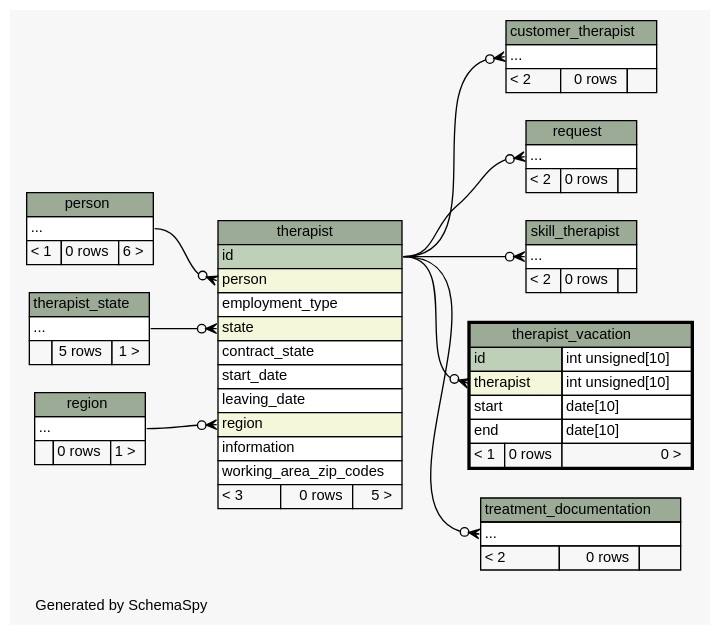
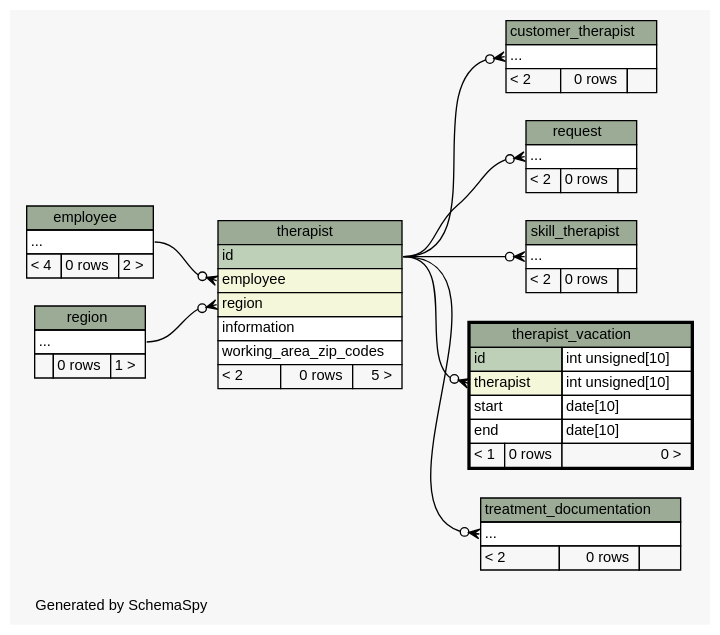
Before and after one commit to KaiBMP/KaiBMP.github.io: the diagram in diagrams/therapist_vacation.2degrees.dot, drawn with Graphviz. The commit also changed 141 other files, not shown here.

Commit message:
schemaspy update

```diff
--- a/diagrams/therapist_vacation.2degrees.dot
+++ b/diagrams/therapist_vacation.2degrees.dot
@@ -1,132 +1,116 @@
-// dot 2.40.1 on Linux 5.3.0-26-generic
+// dot 2.40.1 on Linux 5.3.0-28-generic
 // SchemaSpy rev 590
 digraph "twoDegreesRelationshipsDiagram" {
   graph [
     rankdir="RL"
     bgcolor="#f7f7f7"
     label="\nGenerated by SchemaSpy"
     labeljust="l"
     nodesep="0.18"
     ranksep="0.46"
     fontname="Helvetica"
     fontsize="11"
   ];
   node [
     fontname="Helvetica"
     fontsize="11"
     shape="plaintext"
   ];
   edge [
     arrowsize="0.8"
   ];
   "customer_therapist":"elipses":w -> "therapist":"id":e [arrowhead=none dir=back arrowtail=crowodot];
   "request":"elipses":w -> "therapist":"id":e [arrowhead=none dir=back arrowtail=crowodot];
   "skill_therapist":"elipses":w -> "therapist":"id":e [arrowhead=none dir=back arrowtail=crowodot];
-  "therapist":"person":w -> "person":"elipses":e [arrowhead=none dir=back arrowtail=crowodot];
+  "therapist":"employee":w -> "employee":"elipses":e [arrowhead=none dir=back arrowtail=crowodot];
   "therapist":"region":w -> "region":"elipses":e [arrowhead=none dir=back arrowtail=crowodot];
-  "therapist":"state":w -> "therapist_state":"elipses":e [arrowhead=none dir=back arrowtail=crowodot];
   "therapist_vacation":"therapist":w -> "therapist":"id":e [arrowhead=none dir=back arrowtail=crowodot];
   "treatment_documentation":"elipses":w -> "therapist":"id":e [arrowhead=none dir=back arrowtail=crowodot];
   "customer_therapist" [
     label=<
     <TABLE BORDER="0" CELLBORDER="1" CELLSPACING="0" BGCOLOR="#ffffff">
       <TR><TD COLSPAN="3" BGCOLOR="#9bab96" ALIGN="CENTER">customer_therapist</TD></TR>
       <TR><TD PORT="elipses" COLSPAN="3" ALIGN="LEFT">...</TD></TR>
       <TR><TD ALIGN="LEFT" BGCOLOR="#f7f7f7">&lt; 2</TD><TD ALIGN="RIGHT" BGCOLOR="#f7f7f7">0 rows</TD><TD ALIGN="RIGHT" BGCOLOR="#f7f7f7">  </TD></TR>
     </TABLE>>
     URL="customer_therapist.html"
     tooltip="customer_therapist"
   ];
-  "person" [
+  "employee" [
     label=<
     <TABLE BORDER="0" CELLBORDER="1" CELLSPACING="0" BGCOLOR="#ffffff">
-      <TR><TD COLSPAN="3" BGCOLOR="#9bab96" ALIGN="CENTER">person</TD></TR>
+      <TR><TD COLSPAN="3" BGCOLOR="#9bab96" ALIGN="CENTER">employee</TD></TR>
       <TR><TD PORT="elipses" COLSPAN="3" ALIGN="LEFT">...</TD></TR>
-      <TR><TD ALIGN="LEFT" BGCOLOR="#f7f7f7">&lt; 1</TD><TD ALIGN="RIGHT" BGCOLOR="#f7f7f7">0 rows</TD><TD ALIGN="RIGHT" BGCOLOR="#f7f7f7">6 &gt;</TD></TR>
+      <TR><TD ALIGN="LEFT" BGCOLOR="#f7f7f7">&lt; 4</TD><TD ALIGN="RIGHT" BGCOLOR="#f7f7f7">0 rows</TD><TD ALIGN="RIGHT" BGCOLOR="#f7f7f7">2 &gt;</TD></TR>
     </TABLE>>
-    URL="person.html"
-    tooltip="person"
+    URL="employee.html"
+    tooltip="employee"
   ];
   "region" [
     label=<
     <TABLE BORDER="0" CELLBORDER="1" CELLSPACING="0" BGCOLOR="#ffffff">
       <TR><TD COLSPAN="3" BGCOLOR="#9bab96" ALIGN="CENTER">region</TD></TR>
       <TR><TD PORT="elipses" COLSPAN="3" ALIGN="LEFT">...</TD></TR>
       <TR><TD ALIGN="LEFT" BGCOLOR="#f7f7f7">  </TD><TD ALIGN="RIGHT" BGCOLOR="#f7f7f7">0 rows</TD><TD ALIGN="RIGHT" BGCOLOR="#f7f7f7">1 &gt;</TD></TR>
     </TABLE>>
     URL="region.html"
     tooltip="region"
   ];
   "request" [
     label=<
     <TABLE BORDER="0" CELLBORDER="1" CELLSPACING="0" BGCOLOR="#ffffff">
       <TR><TD COLSPAN="3" BGCOLOR="#9bab96" ALIGN="CENTER">request</TD></TR>
       <TR><TD PORT="elipses" COLSPAN="3" ALIGN="LEFT">...</TD></TR>
       <TR><TD ALIGN="LEFT" BGCOLOR="#f7f7f7">&lt; 2</TD><TD ALIGN="RIGHT" BGCOLOR="#f7f7f7">0 rows</TD><TD ALIGN="RIGHT" BGCOLOR="#f7f7f7">  </TD></TR>
     </TABLE>>
     URL="request.html"
     tooltip="request"
   ];
   "skill_therapist" [
     label=<
     <TABLE BORDER="0" CELLBORDER="1" CELLSPACING="0" BGCOLOR="#ffffff">
       <TR><TD COLSPAN="3" BGCOLOR="#9bab96" ALIGN="CENTER">skill_therapist</TD></TR>
       <TR><TD PORT="elipses" COLSPAN="3" ALIGN="LEFT">...</TD></TR>
       <TR><TD ALIGN="LEFT" BGCOLOR="#f7f7f7">&lt; 2</TD><TD ALIGN="RIGHT" BGCOLOR="#f7f7f7">0 rows</TD><TD ALIGN="RIGHT" BGCOLOR="#f7f7f7">  </TD></TR>
     </TABLE>>
     URL="skill_therapist.html"
     tooltip="skill_therapist"
   ];
   "therapist" [
     label=<
     <TABLE BORDER="0" CELLBORDER="1" CELLSPACING="0" BGCOLOR="#ffffff">
       <TR><TD COLSPAN="3" BGCOLOR="#9bab96" ALIGN="CENTER">therapist</TD></TR>
       <TR><TD PORT="id" COLSPAN="3" BGCOLOR="#bed1b8" ALIGN="LEFT">id</TD></TR>
-      <TR><TD PORT="person" COLSPAN="3" BGCOLOR="#f4f7da" ALIGN="LEFT">person</TD></TR>
-      <TR><TD PORT="employment_type" COLSPAN="3" ALIGN="LEFT">employment_type</TD></TR>
-      <TR><TD PORT="state" COLSPAN="3" BGCOLOR="#f4f7da" ALIGN="LEFT">state</TD></TR>
-      <TR><TD PORT="contract_state" COLSPAN="3" ALIGN="LEFT">contract_state</TD></TR>
-      <TR><TD PORT="start_date" COLSPAN="3" ALIGN="LEFT">start_date</TD></TR>
-      <TR><TD PORT="leaving_date" COLSPAN="3" ALIGN="LEFT">leaving_date</TD></TR>
+      <TR><TD PORT="employee" COLSPAN="3" BGCOLOR="#f4f7da" ALIGN="LEFT">employee</TD></TR>
       <TR><TD PORT="region" COLSPAN="3" BGCOLOR="#f4f7da" ALIGN="LEFT">region</TD></TR>
       <TR><TD PORT="information" COLSPAN="3" ALIGN="LEFT">information</TD></TR>
       <TR><TD PORT="working_area_zip_codes" COLSPAN="3" ALIGN="LEFT">working_area_zip_codes</TD></TR>
-      <TR><TD ALIGN="LEFT" BGCOLOR="#f7f7f7">&lt; 3</TD><TD ALIGN="RIGHT" BGCOLOR="#f7f7f7">0 rows</TD><TD ALIGN="RIGHT" BGCOLOR="#f7f7f7">5 &gt;</TD></TR>
+      <TR><TD ALIGN="LEFT" BGCOLOR="#f7f7f7">&lt; 2</TD><TD ALIGN="RIGHT" BGCOLOR="#f7f7f7">0 rows</TD><TD ALIGN="RIGHT" BGCOLOR="#f7f7f7">5 &gt;</TD></TR>
     </TABLE>>
     URL="therapist.html"
     tooltip="therapist"
-  ];
-  "therapist_state" [
-    label=<
-    <TABLE BORDER="0" CELLBORDER="1" CELLSPACING="0" BGCOLOR="#ffffff">
-      <TR><TD COLSPAN="3" BGCOLOR="#9bab96" ALIGN="CENTER">therapist_state</TD></TR>
-      <TR><TD PORT="elipses" COLSPAN="3" ALIGN="LEFT">...</TD></TR>
-      <TR><TD ALIGN="LEFT" BGCOLOR="#f7f7f7">  </TD><TD ALIGN="RIGHT" BGCOLOR="#f7f7f7">5 rows</TD><TD ALIGN="RIGHT" BGCOLOR="#f7f7f7">1 &gt;</TD></TR>
-    </TABLE>>
-    URL="therapist_state.html"
-    tooltip="therapist_state"
   ];
   "therapist_vacation" [
     label=<
     <TABLE BORDER="2" CELLBORDER="1" CELLSPACING="0" BGCOLOR="#ffffff">
       <TR><TD COLSPAN="3" BGCOLOR="#9bab96" ALIGN="CENTER">therapist_vacation</TD></TR>
       <TR><TD PORT="id" COLSPAN="2" BGCOLOR="#bed1b8" ALIGN="LEFT">id</TD><TD PORT="id.type" ALIGN="LEFT">int unsigned[10]</TD></TR>
       <TR><TD PORT="therapist" COLSPAN="2" BGCOLOR="#f4f7da" ALIGN="LEFT">therapist</TD><TD PORT="therapist.type" ALIGN="LEFT">int unsigned[10]</TD></TR>
       <TR><TD PORT="start" COLSPAN="2" ALIGN="LEFT">start</TD><TD PORT="start.type" ALIGN="LEFT">date[10]</TD></TR>
       <TR><TD PORT="end" COLSPAN="2" ALIGN="LEFT">end</TD><TD PORT="end.type" ALIGN="LEFT">date[10]</TD></TR>
       <TR><TD ALIGN="LEFT" BGCOLOR="#f7f7f7">&lt; 1</TD><TD ALIGN="RIGHT" BGCOLOR="#f7f7f7">0 rows</TD><TD ALIGN="RIGHT" BGCOLOR="#f7f7f7">0 &gt;</TD></TR>
     </TABLE>>
     URL="therapist_vacation.html"
     tooltip="therapist_vacation"
   ];
   "treatment_documentation" [
     label=<
     <TABLE BORDER="0" CELLBORDER="1" CELLSPACING="0" BGCOLOR="#ffffff">
       <TR><TD COLSPAN="3" BGCOLOR="#9bab96" ALIGN="CENTER">treatment_documentation</TD></TR>
       <TR><TD PORT="elipses" COLSPAN="3" ALIGN="LEFT">...</TD></TR>
       <TR><TD ALIGN="LEFT" BGCOLOR="#f7f7f7">&lt; 2</TD><TD ALIGN="RIGHT" BGCOLOR="#f7f7f7">0 rows</TD><TD ALIGN="RIGHT" BGCOLOR="#f7f7f7">  </TD></TR>
     </TABLE>>
     URL="treatment_documentation.html"
     tooltip="treatment_documentation"
   ];
 }
```
